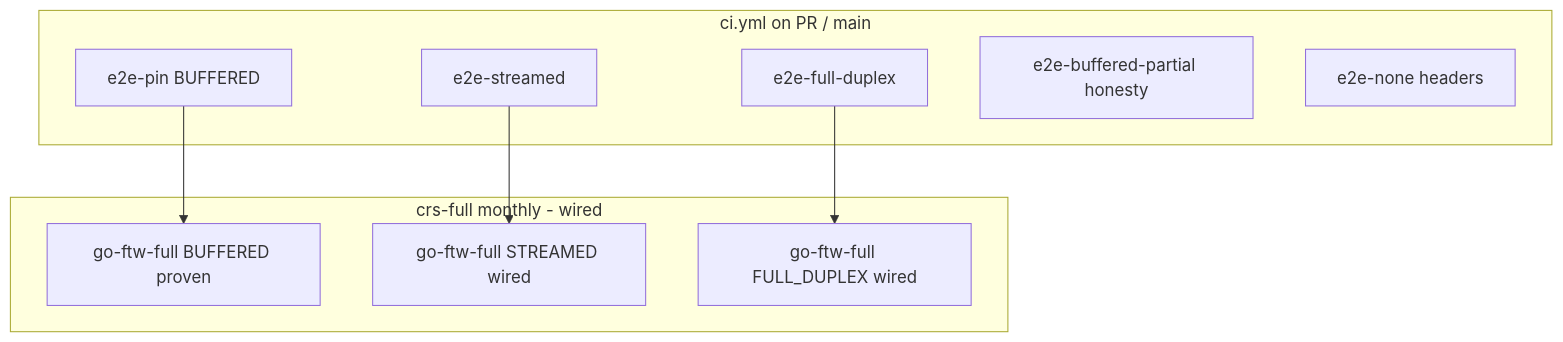
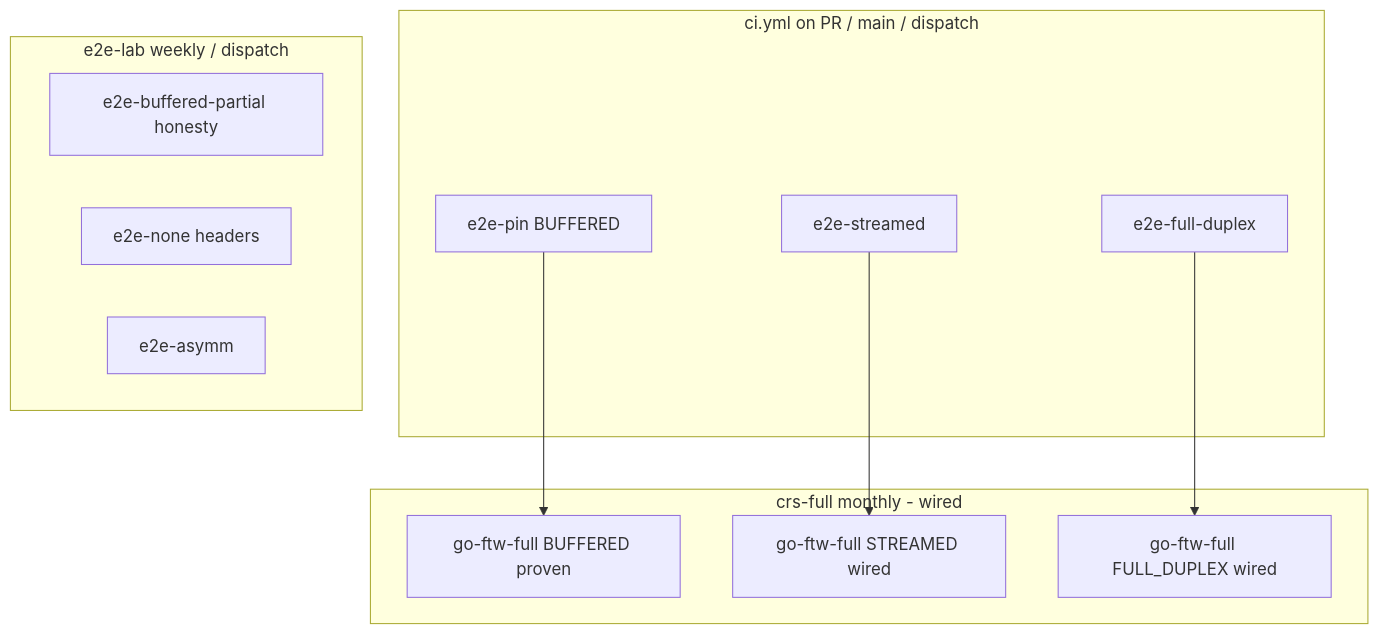
Before and after one commit to etiennemunnich/modsec-envoy-connector: the diagram in docs/modes/testing-suite.md, drawn with Mermaid. The commit also changed other lines of this file and 22 other files, not shown here.

````diff
--- a/docs/modes/testing-suite.md
+++ b/docs/modes/testing-suite.md
@@ -55,18 +55,21 @@
 ```mermaid
 flowchart TB
-  subgraph every_pr [ci.yml on PR / main]
+  subgraph every_pr [ci.yml on PR / main / dispatch]
     pin[e2e-pin BUFFERED]
     str[e2e-streamed]
     dup[e2e-full-duplex]
+  end
+  subgraph weekly_lab [e2e-lab weekly / dispatch]
     part[e2e-buffered-partial honesty]
     none[e2e-none headers]
+    asymm[e2e-asymm]
   end
   subgraph monthly [crs-full monthly - wired]
     fullB[go-ftw-full BUFFERED proven]
     fullS[go-ftw-full STREAMED wired]
     fullD[go-ftw-full FULL_DUPLEX wired]
   end
   pin --> fullB
   str --> fullS
   dup --> fullD
 ```
````
